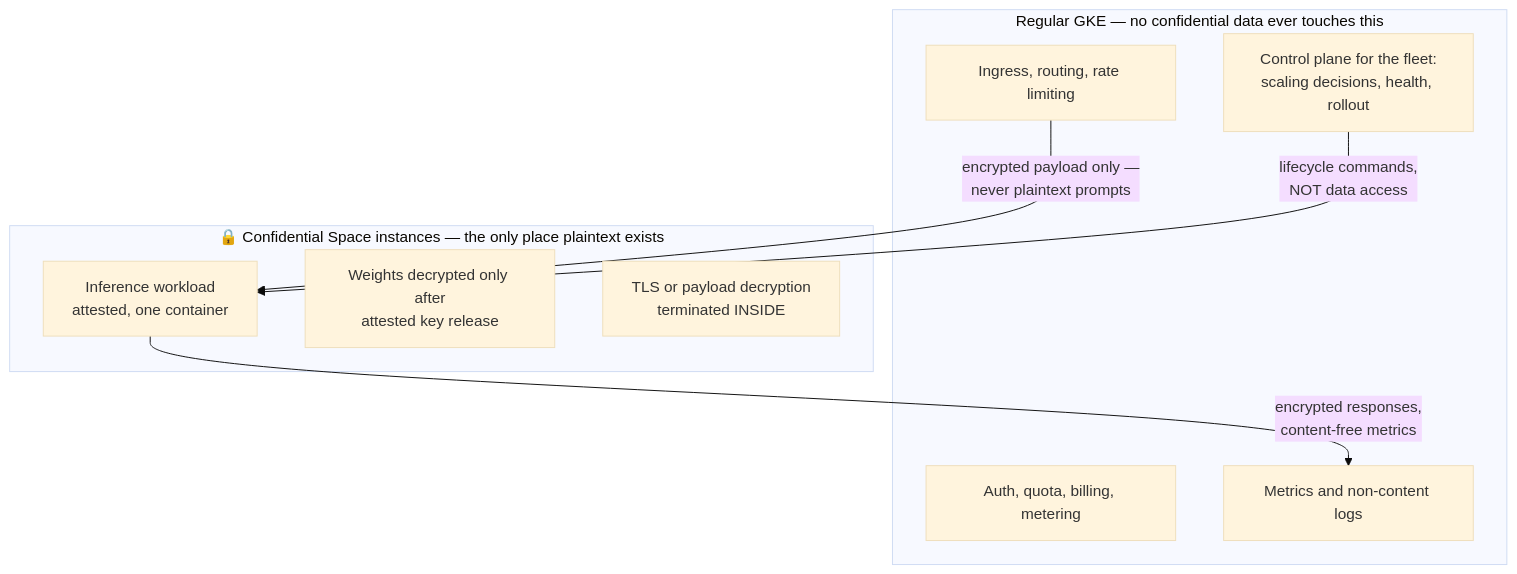
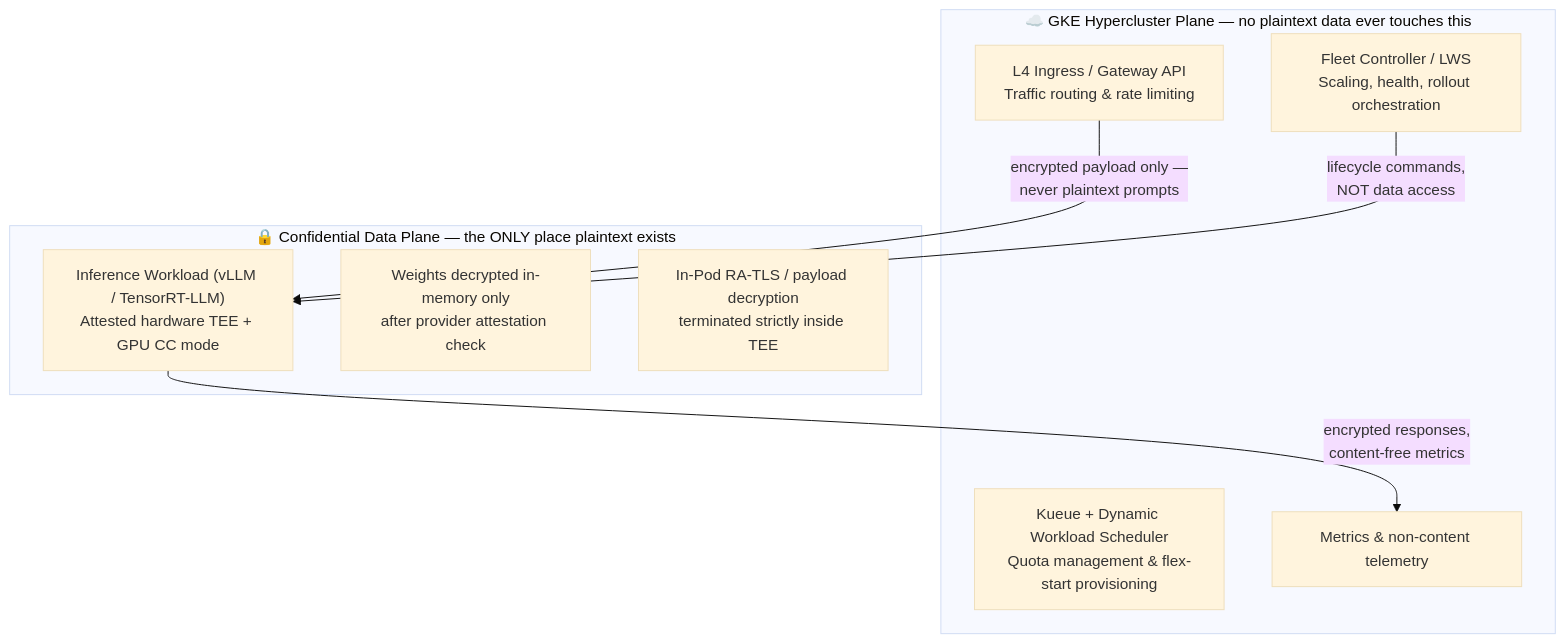
One commit to Marinette101/llm-cc-in-k8s changed the fifth of 5 diagrams in docs/en/05_google_cloud_confidential_surface.md. Above: the diagram before and after it, drawn with Mermaid (base theme). The commit also changed other lines of this file and 9 other files, not shown here.

Commit message:
feat: incorporate GKE Hypercluster and AI Hypercomputer architecture into confidential LLM serving docs

````diff
--- a/docs/en/05_google_cloud_confidential_surface.md
+++ b/docs/en/05_google_cloud_confidential_surface.md
@@ -359,19 +366,19 @@
 ```mermaid
 flowchart TD
-    subgraph NORM ["Regular GKE — no confidential data ever touches this"]
-        A["Ingress, routing, rate limiting"]
-        B["Auth, quota, billing, metering"]
-        C["Control plane for the fleet:<br>scaling decisions, health, rollout"]
-        D["Metrics and non-content logs"]
+    subgraph NORM ["☁️ GKE Hypercluster Plane — no plaintext data ever touches this"]
+        A["L4 Ingress / Gateway API<br>Traffic routing & rate limiting"]
+        B["Kueue + Dynamic Workload Scheduler<br>Quota management & flex-start provisioning"]
+        C["Fleet Controller / LWS<br>Scaling, health, rollout orchestration"]
+        D["Metrics & non-content telemetry"]
     end
 
-    subgraph CONF ["🔒 Confidential Space instances — the only place plaintext exists"]
-        E["Inference workload<br>attested, one container"]
-        F["Weights decrypted only after<br>attested key release"]
-        G["TLS or payload decryption<br>terminated INSIDE"]
+    subgraph CONF ["🔒 Confidential Data Plane — the ONLY place plaintext exists"]
+        E["Inference Workload (vLLM / TensorRT-LLM)<br>Attested hardware TEE + GPU CC mode"]
+        F["Weights decrypted in-memory only<br>after provider attestation check"]
+        G["In-Pod RA-TLS / payload decryption<br>terminated strictly inside TEE"]
     end
 
     A -->|"encrypted payload only —<br>never plaintext prompts"| E
     C -->|"lifecycle commands,<br>NOT data access"| E
     E -->|"encrypted responses,<br>content-free metrics"| D
 ```
````
